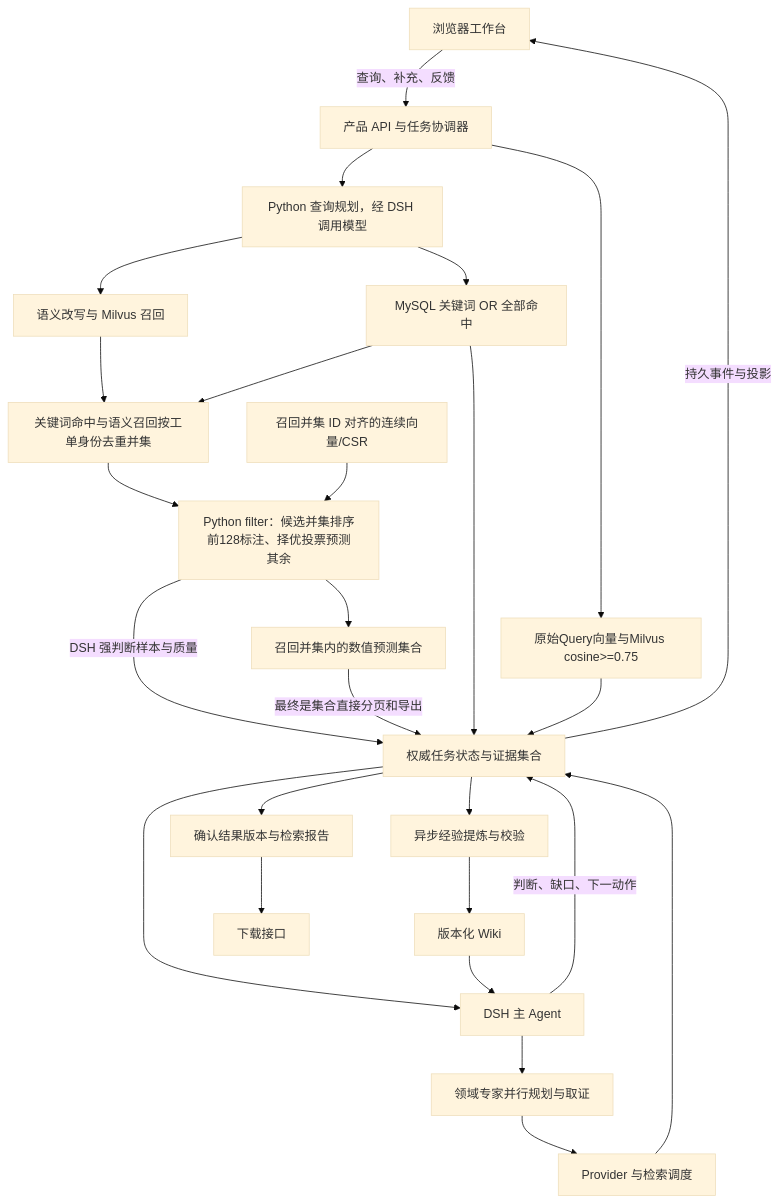
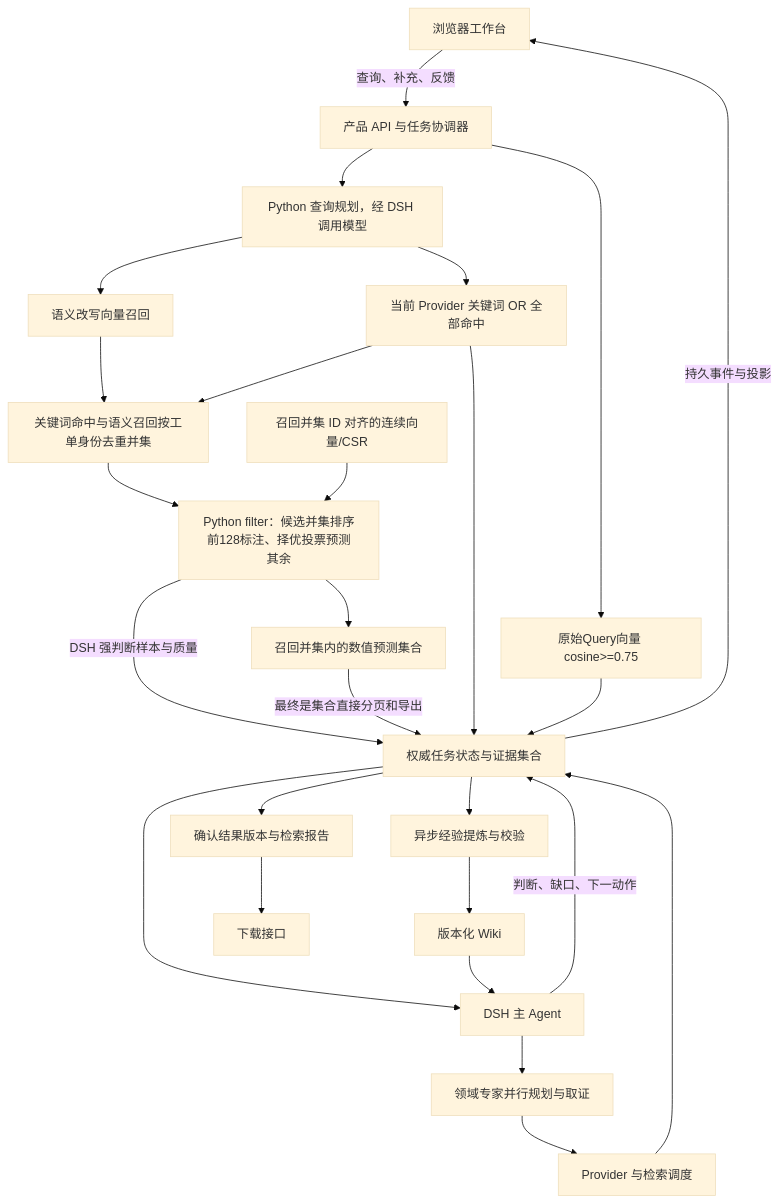
Before and after one commit to Merak-Wang/CaseWeave: the diagram in docs/ARCHITECTURE.md, drawn with Mermaid (base theme). The commit also changed other lines of this file and 32 other files, not shown here.

````diff
--- a/docs/ARCHITECTURE.md
+++ b/docs/ARCHITECTURE.md
@@ -13,28 +13,28 @@
 ```mermaid
 flowchart TD
   U[浏览器工作台] -->|查询、补充、反馈| API[产品 API 与任务协调器]
   API --> Q[Python 查询规划，经 DSH 调用模型]
-  API --> V[原始Query向量与Milvus cosine>=0.75]
-  Q --> K[MySQL 关键词 OR 全部命中]
-  Q --> V2[语义改写与 Milvus 召回]
+  API --> V[原始Query向量 cosine>=0.75]
+  Q --> K[当前 Provider 关键词 OR 全部命中]
+  Q --> V2[语义改写向量召回]
   V2 --> C[关键词命中与语义召回按工单身份去重并集]
   K --> C
   C --> O[Python filter：候选并集排序前128标注、择优投票预测其余]
   F[召回并集 ID 对齐的连续向量/CSR] --> O
   O -->|DSH 强判断样本与质量| S
   O --> M[召回并集内的数值预测集合]
   M -->|最终是集合直接分页和导出| S
   K --> S[权威任务状态与证据集合]
   V --> S
   S --> A[DSH 主 Agent]
   W[版本化 Wiki] --> A
   A --> E[领域专家并行规划与取证]
   E --> P[Provider 与检索调度]
   P --> S
   A -->|判断、缺口、下一动作| S
   S -->|持久事件与投影| U
   S --> R[确认结果版本与检索报告]
   R --> D[下载接口]
   S --> L[异步经验提炼与校验]
   L --> W
 ```
````
